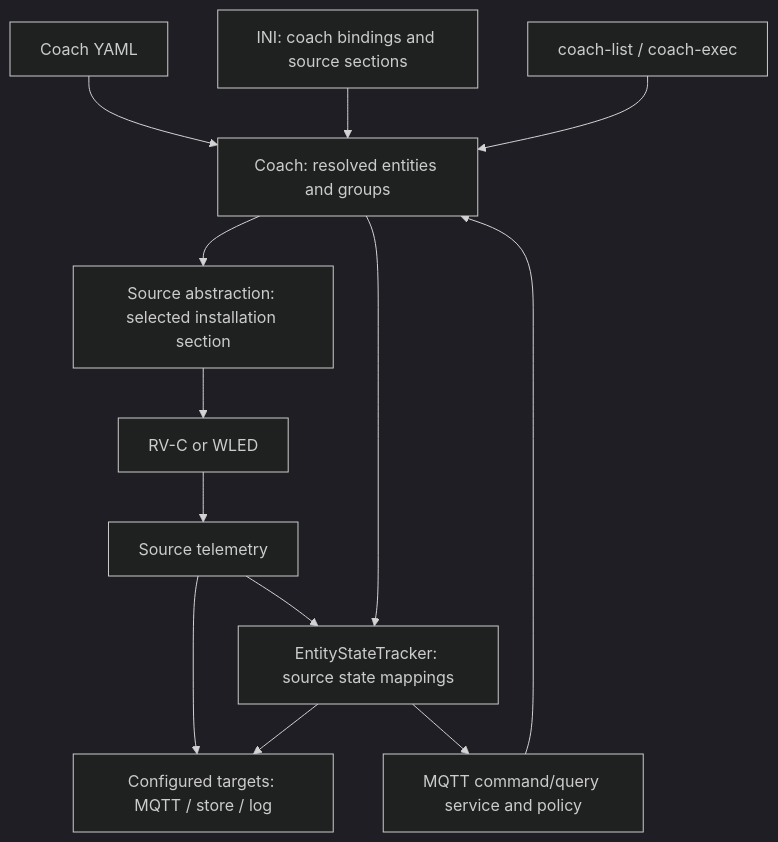
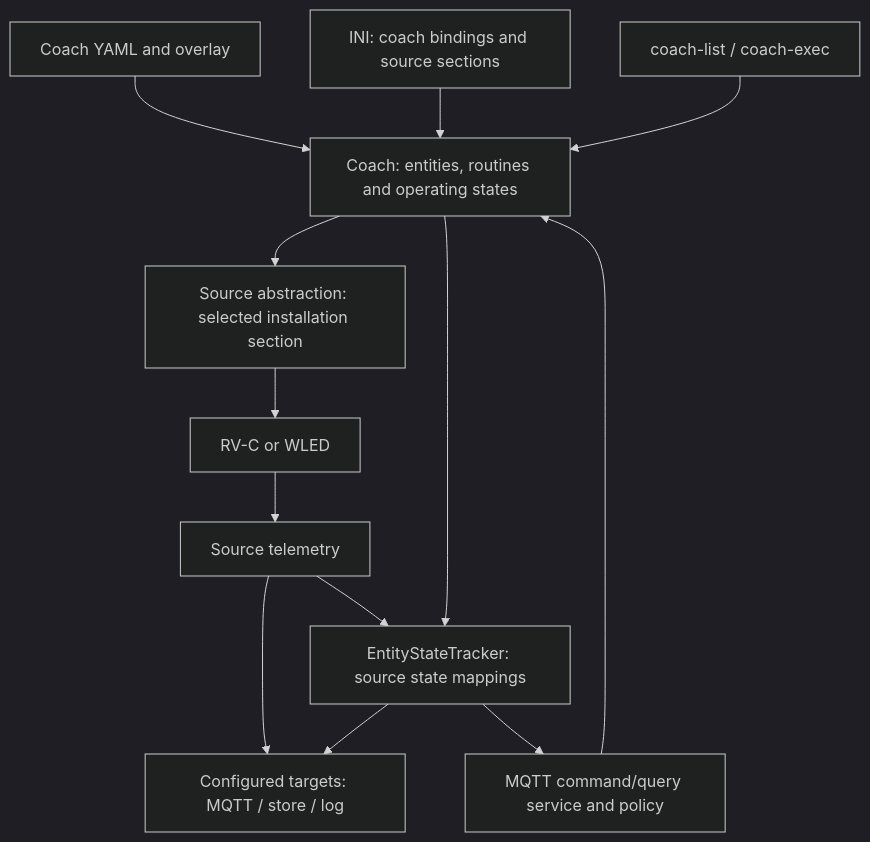
One commit to triphoppingman/rv-control changed the diagram in docs/COACH.md. Above: the diagram before and after it, drawn with Mermaid (dark theme). The commit also changed other lines of this file and 23 other files, not shown here.

Commit message:
Added routines and operating_states

````diff
--- a/docs/COACH.md
+++ b/docs/COACH.md
@@ -30,15 +30,15 @@
 ```mermaid
 flowchart TD
-    YAML[Coach YAML] --> Coach[Coach: resolved entities and groups]
+    YAML[Coach YAML and overlay] --> Coach[Coach: entities, routines and operating states]
     INI[INI: coach bindings and source sections] --> Coach
     CLI[coach-list / coach-exec] --> Coach
     MQTT[MQTT command/query service and policy] --> Coach
     Coach --> Source[Source abstraction: selected installation section]
     Source --> Hardware[RV-C or WLED]
     Hardware --> Raw[Source telemetry]
     Raw --> Targets[Configured targets: MQTT / store / log]
     Raw --> Tracker[EntityStateTracker: source state mappings]
     Coach --> Tracker
     Tracker --> Targets
     Tracker --> MQTT
 ```
````
